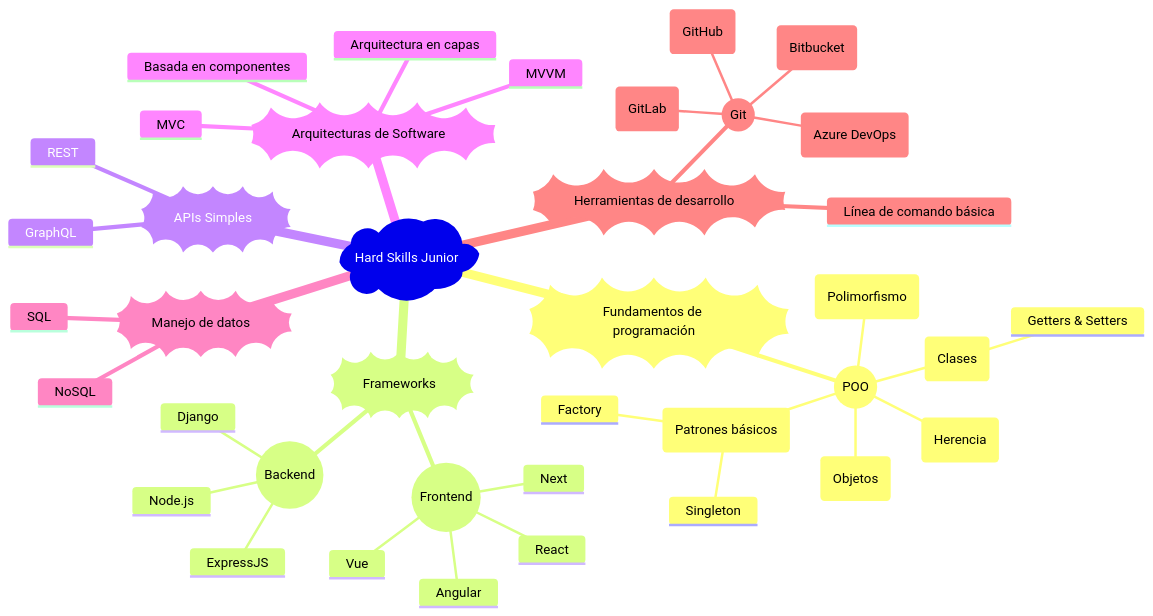
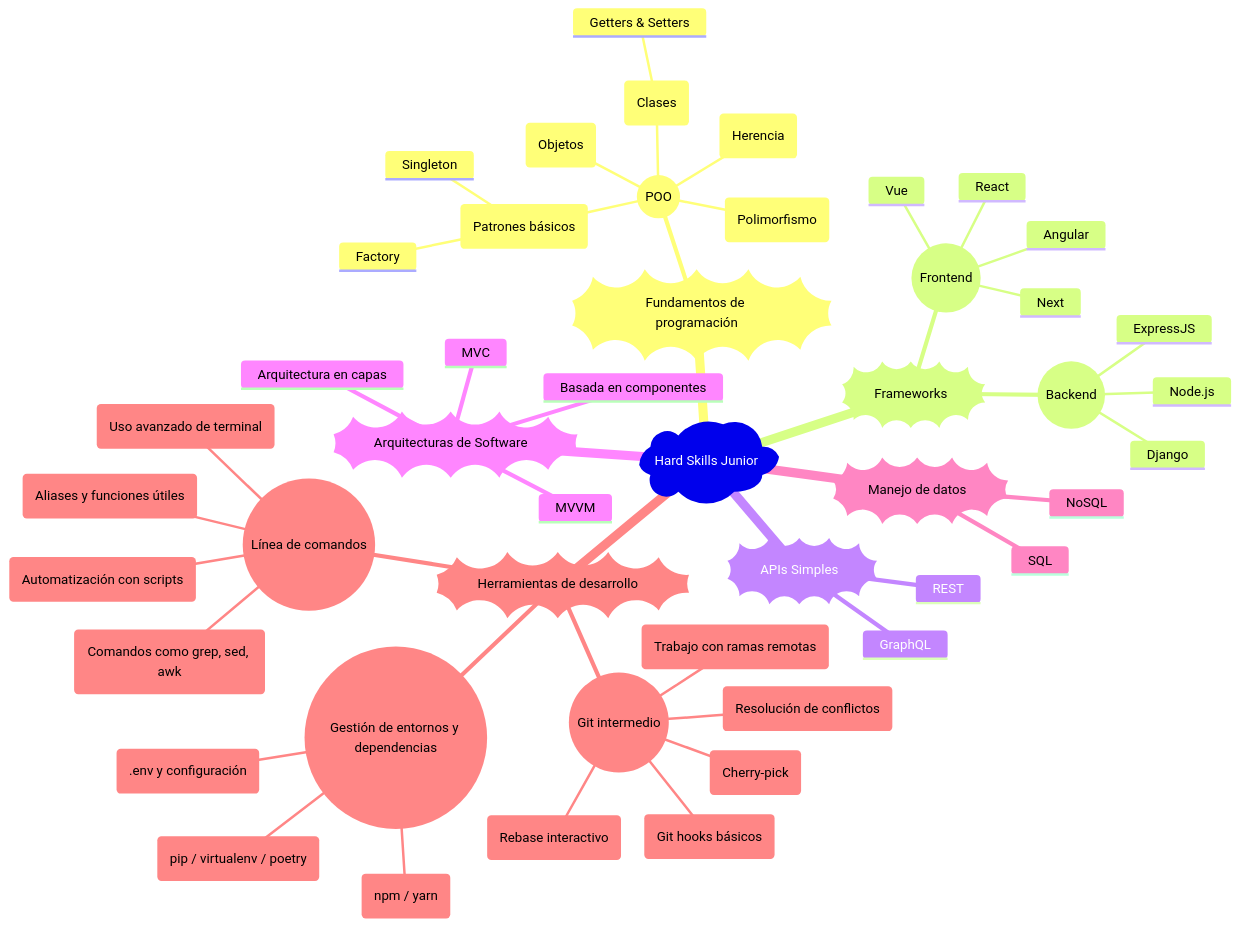
Before and after one commit to EdgarRangelInnovate/EdgarRangelInnovate: the first of 11 diagrams in knowledge/tech/junior.md, drawn with Mermaid. The commit also changed other lines of this file and 2 other files, not shown here.

````diff
--- a/knowledge/tech/junior.md
+++ b/knowledge/tech/junior.md
@@ -9,42 +9,51 @@
 ```mermaid
 mindmap
   root)Hard Skills Junior((
     ))Fundamentos de programación((
       ((POO))
         (Clases)
           Getters & Setters
         (Objetos)
         (Herencia)
         (Polimorfismo)
         (Patrones básicos)
           Factory
           Singleton
     ))Frameworks((
       ((Frontend))
         React
         Angular
         Vue
         Next
       ((Backend))
         Django
         ExpressJS
         Node.js
     ))APIs Simples((
       REST
       GraphQL
     ))Arquitecturas de Software((
       MVC
       MVVM
       Arquitectura en capas
       Basada en componentes
     ))Manejo de datos((
       SQL
       NoSQL
     ))Herramientas de desarrollo((
-      ((Git))
-        (GitHub)
-        (GitLab)
-        (Bitbucket)
-        (Azure DevOps)
-      Línea de comando básica
+      ((Git intermedio))
+        (Resolución de conflictos)
+        (Rebase interactivo)
+        (Cherry-pick)
+        (Trabajo con ramas remotas)
+        (Git hooks básicos)
+      ((Gestión de entornos y dependencias))
+        (npm / yarn)
+        (pip / virtualenv / poetry)
+        (.env y configuración)
+      ((Línea de comandos))
+        (Uso avanzado de terminal)
+        (Automatización con scripts)
+        (Aliases y funciones útiles)
+        (Comandos como grep, sed, awk)
 ```
````
